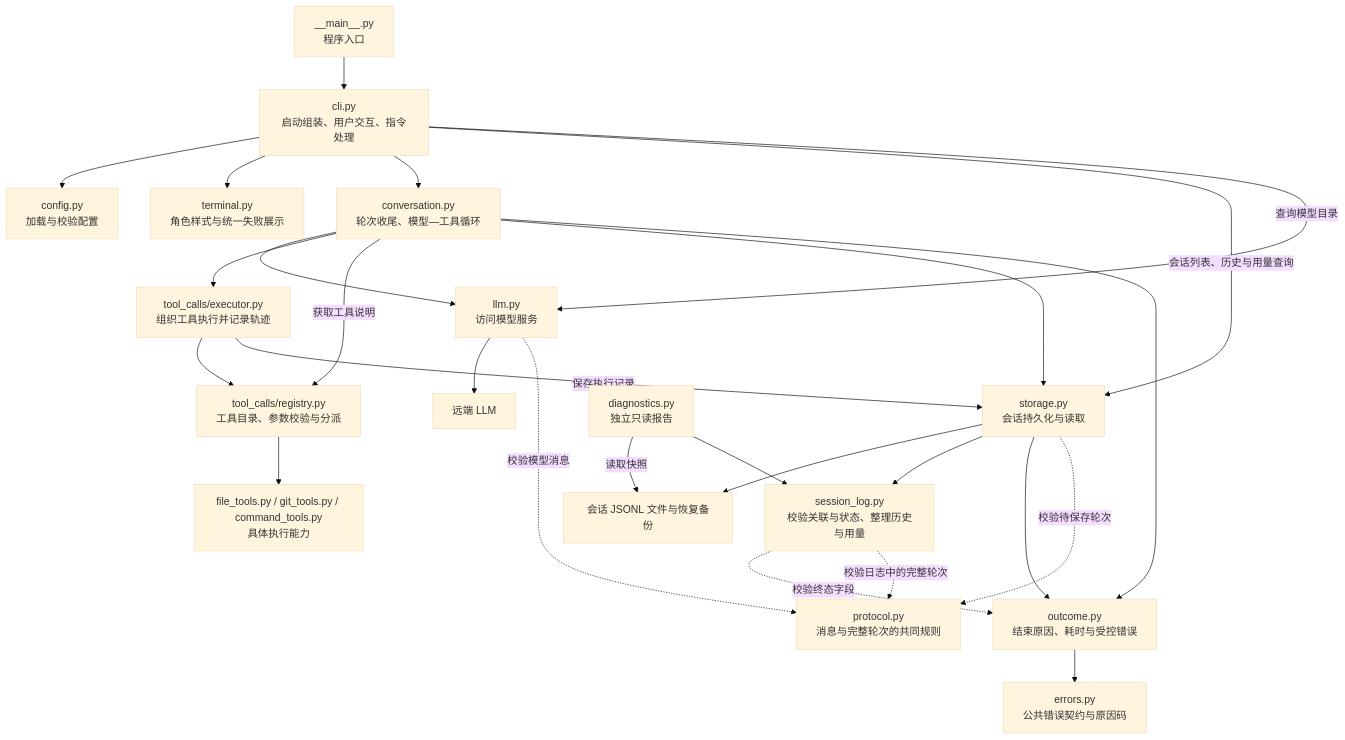
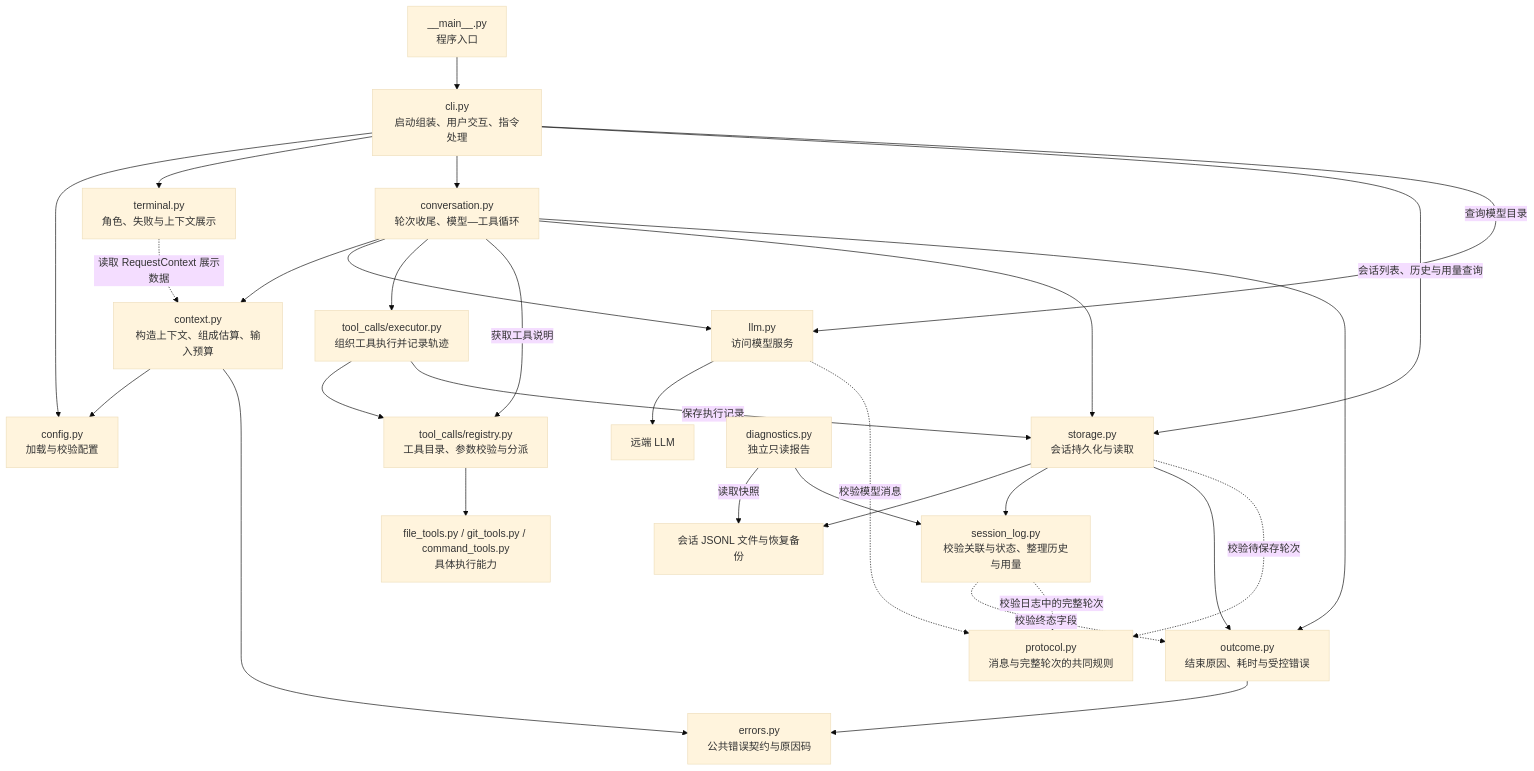
The first of 3 diagrams in docs/architecture.md (Plvltra/AdamAgent), drawn with Mermaid (base theme) before and after one commit. The commit also changed other lines of this file and 16 other files, not shown here.

````diff
--- a/docs/architecture.md
+++ b/docs/architecture.md
@@ -15,31 +15,35 @@
 ```mermaid
 flowchart TD
     ENTRY["__main__.py<br/>程序入口"] --> CLI["cli.py<br/>启动组装、用户交互、指令处理"]
     CLI --> CONFIG["config.py<br/>加载与校验配置"]
-    CLI --> TERMINAL["terminal.py<br/>角色样式与统一失败展示"]
+    CLI --> TERMINAL["terminal.py<br/>角色、失败与上下文展示"]
     CLI --> CONV["conversation.py<br/>轮次收尾、模型—工具循环"]
     CLI -->|"会话列表、历史与用量查询"| STORE["storage.py<br/>会话持久化与读取"]
 
+    CONV --> CONTEXT["context.py<br/>构造上下文、组成估算、输入预算"]
+    CONTEXT --> CONFIG
+    CONTEXT --> ERROR
+    TERMINAL -.->|"读取 RequestContext 展示数据"| CONTEXT
     CONV --> LLM["llm.py<br/>访问模型服务"]
     CLI -->|"查询模型目录"| LLM
     LLM --> API["远端 LLM"]
     CONV --> EXEC["tool_calls/executor.py<br/>组织工具执行并记录轨迹"]
     CONV -->|"获取工具说明"| REG["tool_calls/registry.py<br/>工具目录、参数校验与分派"]
     EXEC --> REG
     REG --> TOOLS["file_tools.py / git_tools.py / command_tools.py<br/>具体执行能力"]
 
     CONV --> STORE
     EXEC -->|"保存执行记录"| STORE
     STORE --> FILE["会话 JSONL 文件与恢复备份"]
     DIAG["diagnostics.py<br/>独立只读报告"] -->|读取快照| FILE
     DIAG --> LOG
     STORE --> LOG["session_log.py<br/>校验关联与状态、整理历史与用量"]
     CONV --> OUTCOME["outcome.py<br/>结束原因、耗时与受控错误"]
     STORE --> OUTCOME
     LOG -.->|"校验终态字段"| OUTCOME
     OUTCOME --> ERROR["errors.py<br/>公共错误契约与原因码"]
 
     LLM -.->|"校验模型消息"| PROTOCOL["protocol.py<br/>消息与完整轮次的共同规则"]
     STORE -.->|"校验待保存轮次"| PROTOCOL
     LOG -.->|"校验日志中的完整轮次"| PROTOCOL
 ```
````
